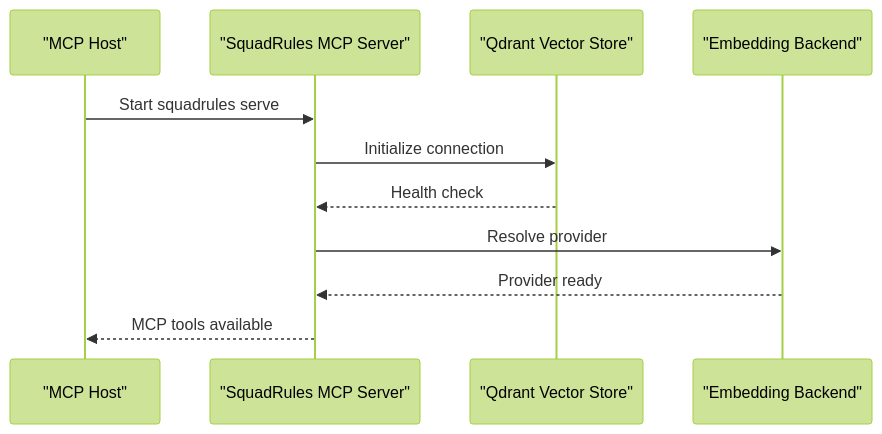
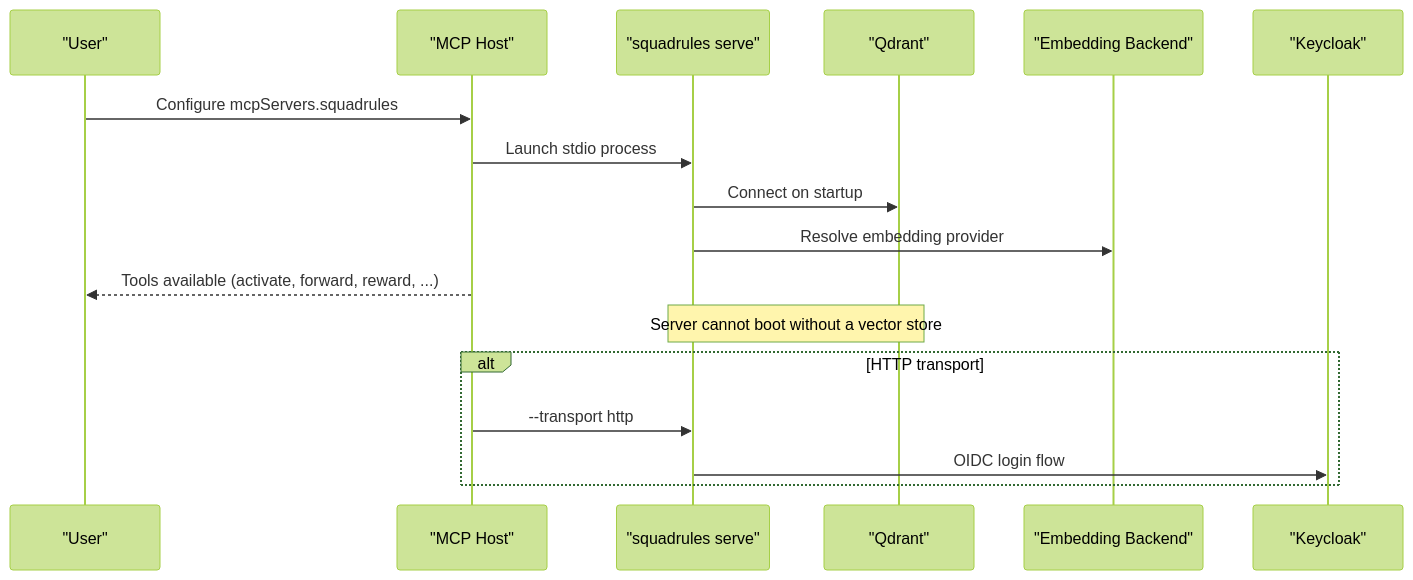
One commit to SquadRules/mcp changed the second of 4 diagrams in .qoder/repowiki/en/content/Getting Started.md. Above: the diagram before and after it, drawn with Mermaid (forest theme). The commit also changed other lines of this file and 602 other files, not shown here.

````diff
--- a/.qoder/repowiki/en/content/Getting Started.md
+++ b/.qoder/repowiki/en/content/Getting Started.md
@@ -180,13 +84,19 @@
 ```mermaid
 sequenceDiagram
+participant User as "User"
 participant Host as "MCP Host"
-participant Server as "SquadRules MCP Server"
-participant Qdrant as "Qdrant Vector Store"
-participant Embedding as "Embedding Backend"
-Host->>Server : Start squadrules serve
-Server->>Qdrant : Initialize connection
-Qdrant-->>Server : Health check
-Server->>Embedding : Resolve provider
-Embedding-->>Server : Provider ready
-Server-->>Host : MCP tools available
+participant CLI as "squadrules serve"
+participant Qdrant as "Qdrant"
+participant Embed as "Embedding Backend"
+participant Auth as "Keycloak"
+User->>Host : Configure mcpServers.squadrules
+Host->>CLI : Launch stdio process
+CLI->>Qdrant : Connect on startup
+CLI->>Embed : Resolve embedding provider
+Host-->>User : Tools available (activate, forward, reward, ...)
+Note over CLI,Qdrant : Server cannot boot without a vector store
+alt HTTP transport
+Host->>CLI : --transport http
+CLI->>Auth : OIDC login flow
+end
 ```
````
